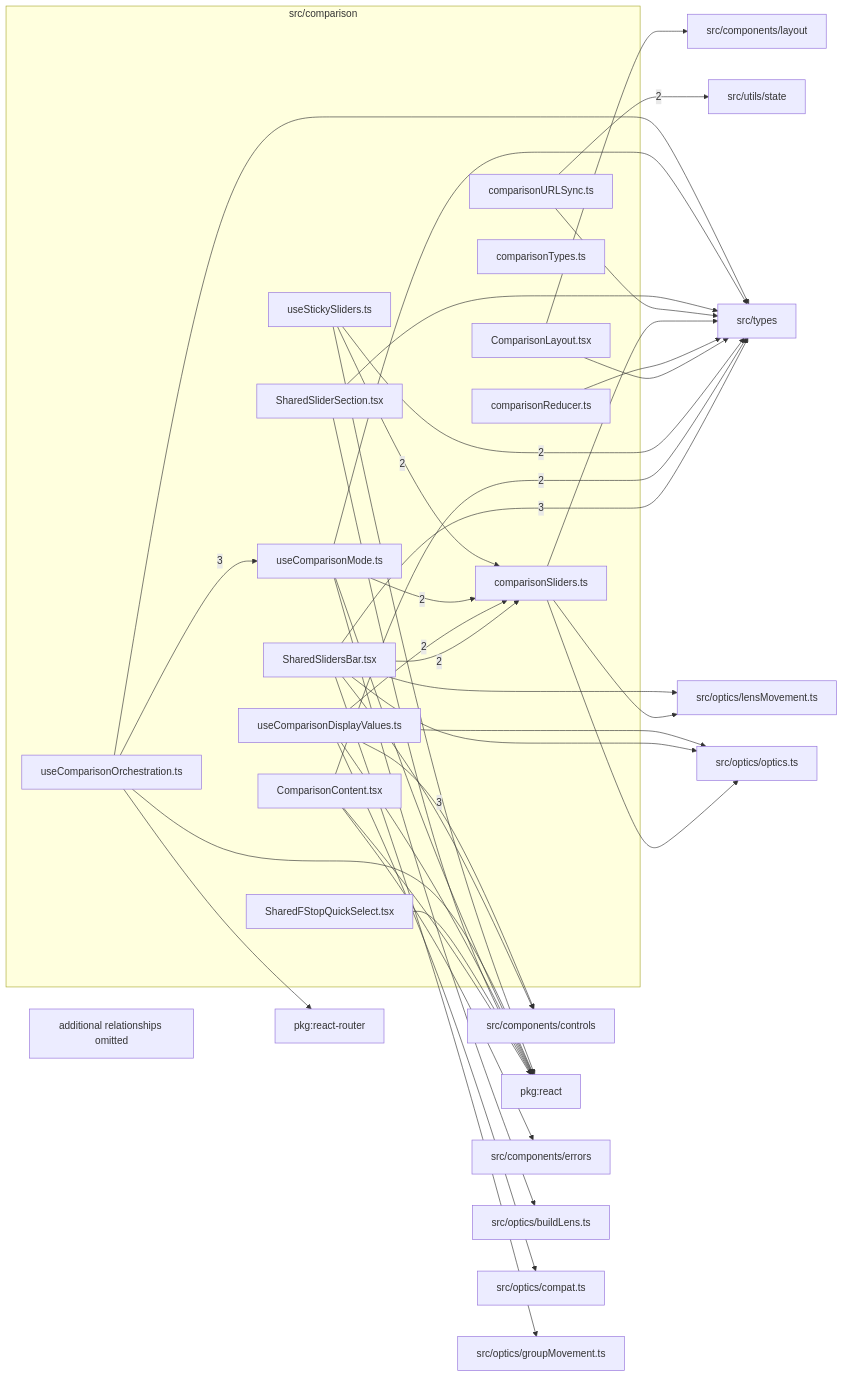
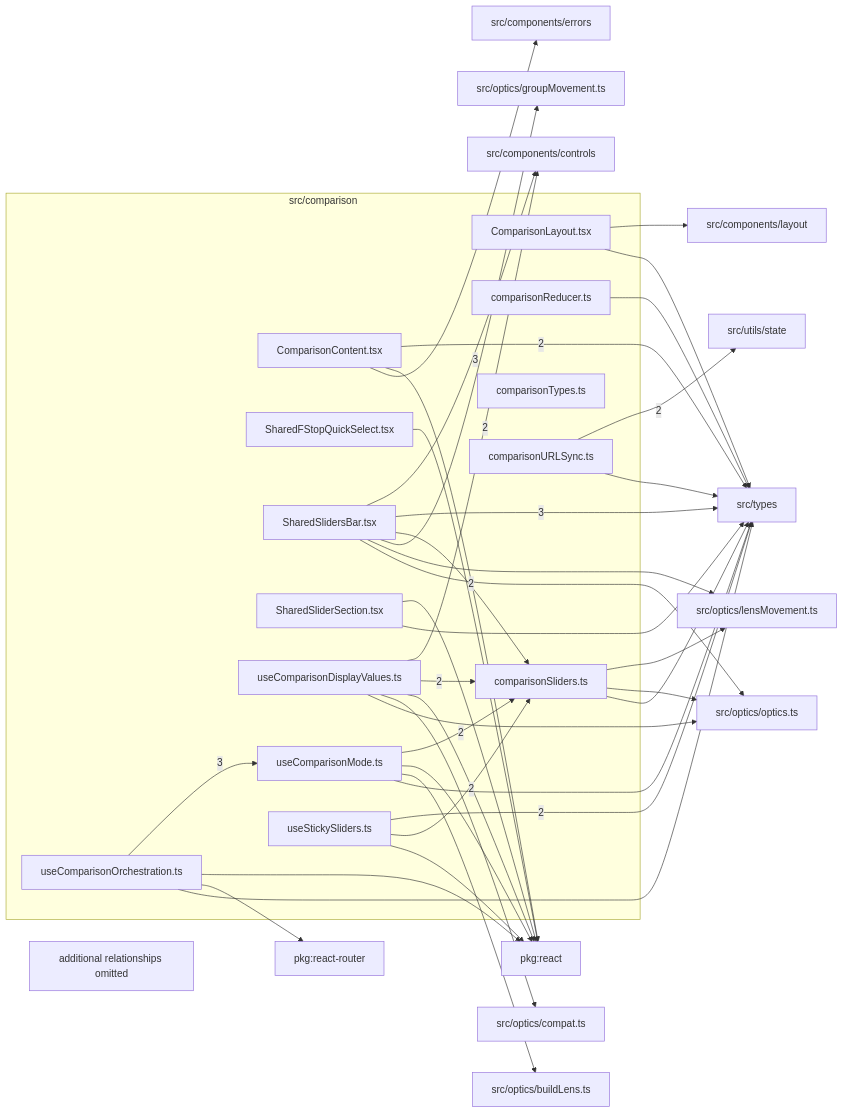
Before and after one commit to ronbuening/LensVisualizer: the diagram in src/comparison/readme.md, drawn with Mermaid. The commit also changed other lines of this file and 27 other files, not shown here.

````diff
--- a/src/comparison/readme.md
+++ b/src/comparison/readme.md
@@ -9,67 +9,67 @@
 ```mermaid
 flowchart LR
   subgraph n_src_comparison["src/comparison"]
     n_src_comparison_src_comparison_ComparisonContent_tsx["ComparisonContent.tsx"]
     n_src_comparison_src_comparison_ComparisonLayout_tsx["ComparisonLayout.tsx"]
     n_src_comparison_src_comparison_comparisonReducer_ts["comparisonReducer.ts"]
     n_src_comparison_src_comparison_comparisonSliders_ts["comparisonSliders.ts"]
     n_src_comparison_src_comparison_comparisonTypes_ts["comparisonTypes.ts"]
     n_src_comparison_src_comparison_comparisonURLSync_ts["comparisonURLSync.ts"]
     n_src_comparison_src_comparison_SharedFStopQuickSelect_tsx["SharedFStopQuickSelect.tsx"]
     n_src_comparison_src_comparison_SharedSlidersBar_tsx["SharedSlidersBar.tsx"]
     n_src_comparison_src_comparison_SharedSliderSection_tsx["SharedSliderSection.tsx"]
     n_src_comparison_src_comparison_useComparisonDisplayValues_ts["useComparisonDisplayValues.ts"]
     n_src_comparison_src_comparison_useComparisonMode_ts["useComparisonMode.ts"]
     n_src_comparison_src_comparison_useComparisonOrchestration_ts["useComparisonOrchestration.ts"]
     n_src_comparison_src_comparison_useStickySliders_ts["useStickySliders.ts"]
   end
   n_external_src_components_controls["src/components/controls"]
   n_external_src_types["src/types"]
   n_external_src_utils_state["src/utils/state"]
   n_external_pkg_react["pkg:react"]
   n_external_pkg_react_router["pkg:react-router"]
   n_external_src_components_errors["src/components/errors"]
   n_external_src_components_layout["src/components/layout"]
   n_external_src_optics_buildLens_ts["src/optics/buildLens.ts"]
   n_external_src_optics_compat_ts["src/optics/compat.ts"]
   n_external_src_optics_groupMovement_ts["src/optics/groupMovement.ts"]
   n_external_src_optics_lensMovement_ts["src/optics/lensMovement.ts"]
   n_external_src_optics_optics_ts["src/optics/optics.ts"]
   n_src_comparison_src_comparison_SharedSlidersBar_tsx --> |3| n_external_src_components_controls
   n_src_comparison_src_comparison_SharedSlidersBar_tsx --> |3| n_external_src_types
   n_src_comparison_src_comparison_useComparisonOrchestration_ts --> |3| n_src_comparison_src_comparison_useComparisonMode_ts
+  n_src_comparison_src_comparison_useComparisonDisplayValues_ts --> |2| n_external_src_components_controls
   n_src_comparison_src_comparison_ComparisonContent_tsx --> |2| n_external_src_types
   n_src_comparison_src_comparison_useStickySliders_ts --> |2| n_external_src_types
   n_src_comparison_src_comparison_comparisonURLSync_ts --> |2| n_external_src_utils_state
   n_src_comparison_src_comparison_SharedSlidersBar_tsx --> |2| n_src_comparison_src_comparison_comparisonSliders_ts
   n_src_comparison_src_comparison_useComparisonDisplayValues_ts --> |2| n_src_comparison_src_comparison_comparisonSliders_ts
   n_src_comparison_src_comparison_useComparisonMode_ts --> |2| n_src_comparison_src_comparison_comparisonSliders_ts
   n_src_comparison_src_comparison_useStickySliders_ts --> |2| n_src_comparison_src_comparison_comparisonSliders_ts
   n_src_comparison_src_comparison_ComparisonContent_tsx --> n_external_pkg_react
   n_src_comparison_src_comparison_SharedFStopQuickSelect_tsx --> n_external_pkg_react
   n_src_comparison_src_comparison_SharedSliderSection_tsx --> n_external_pkg_react
   n_src_comparison_src_comparison_useComparisonDisplayValues_ts --> n_external_pkg_react
   n_src_comparison_src_comparison_useComparisonMode_ts --> n_external_pkg_react
   n_src_comparison_src_comparison_useComparisonOrchestration_ts --> n_external_pkg_react
   n_src_comparison_src_comparison_useStickySliders_ts --> n_external_pkg_react
   n_src_comparison_src_comparison_useComparisonOrchestration_ts --> n_external_pkg_react_router
-  n_src_comparison_src_comparison_useComparisonDisplayValues_ts --> n_external_src_components_controls
   n_src_comparison_src_comparison_ComparisonContent_tsx --> n_external_src_components_errors
   n_src_comparison_src_comparison_ComparisonLayout_tsx --> n_external_src_components_layout
   n_src_comparison_src_comparison_useComparisonMode_ts --> n_external_src_optics_buildLens_ts
   n_src_comparison_src_comparison_useComparisonDisplayValues_ts --> n_external_src_optics_compat_ts
   n_src_comparison_src_comparison_SharedSlidersBar_tsx --> n_external_src_optics_groupMovement_ts
   n_src_comparison_src_comparison_comparisonSliders_ts --> n_external_src_optics_lensMovement_ts
   n_src_comparison_src_comparison_SharedSlidersBar_tsx --> n_external_src_optics_lensMovement_ts
   n_src_comparison_src_comparison_comparisonSliders_ts --> n_external_src_optics_optics_ts
   n_src_comparison_src_comparison_SharedSlidersBar_tsx --> n_external_src_optics_optics_ts
   n_src_comparison_src_comparison_useComparisonDisplayValues_ts --> n_external_src_optics_optics_ts
   n_src_comparison_src_comparison_ComparisonLayout_tsx --> n_external_src_types
   n_src_comparison_src_comparison_comparisonReducer_ts --> n_external_src_types
   n_src_comparison_src_comparison_comparisonSliders_ts --> n_external_src_types
   n_src_comparison_src_comparison_comparisonURLSync_ts --> n_external_src_types
   n_src_comparison_src_comparison_SharedSliderSection_tsx --> n_external_src_types
   n_src_comparison_src_comparison_useComparisonMode_ts --> n_external_src_types
   n_src_comparison_src_comparison_useComparisonOrchestration_ts --> n_external_src_types
   n_src_comparison_truncated["additional relationships omitted"]
 ```
````
